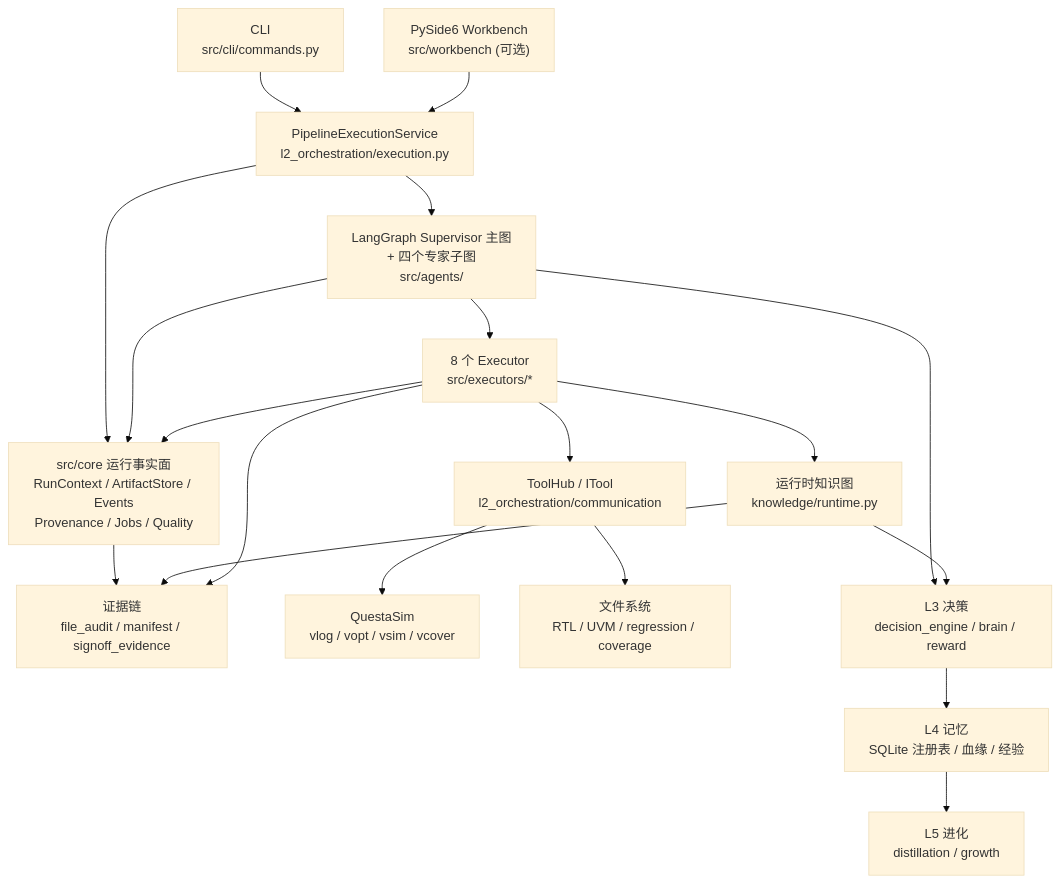
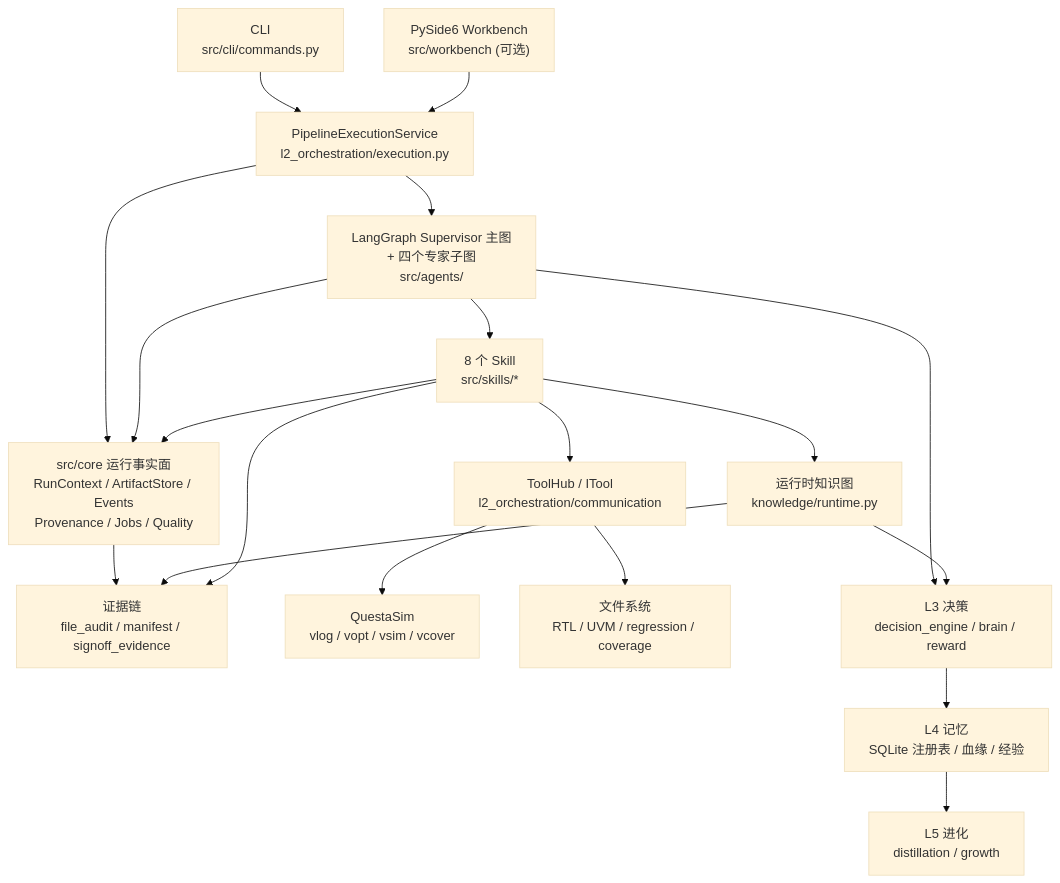
One commit to jiangqingliu88/langchaingraph_cdv changed the diagram in ARCHITECTURE.md. Above: the diagram before and after it, drawn with Mermaid (base theme). The commit also changed other lines of this file and 126 other files, not shown here.

First line of the commit message:
refactor(skills): rename executors to skills

````diff
--- a/ARCHITECTURE.md
+++ b/ARCHITECTURE.md
@@ -259,22 +259,22 @@
 ```mermaid
 flowchart TB
     CLI["CLI<br/>src/cli/commands.py"] --> SVC["PipelineExecutionService<br/>l2_orchestration/execution.py"]
     GUI["PySide6 Workbench<br/>src/workbench (可选)"] --> SVC
 
     SVC --> GRAPH["LangGraph Supervisor 主图<br/>+ 四个专家子图<br/>src/agents/"]
     SVC --> CORE["src/core 运行事实面<br/>RunContext / ArtifactStore / Events<br/>Provenance / Jobs / Quality"]
     GRAPH --> CORE
     EXEC --> CORE
     CORE --> EVID
-    GRAPH --> EXEC["8 个 Executor<br/>src/executors/*"]
+    GRAPH --> EXEC["8 个 Skill<br/>src/skills/*"]
     EXEC --> TOOLS["ToolHub / ITool<br/>l2_orchestration/communication"]
     TOOLS --> EDA["QuestaSim<br/>vlog / vopt / vsim / vcover"]
     TOOLS --> FS["文件系统<br/>RTL / UVM / regression / coverage"]
     GRAPH --> DEC["L3 决策<br/>decision_engine / brain / reward"]
     EXEC --> KG["运行时知识图<br/>knowledge/runtime.py"]
     KG --> DEC
     KG --> EVID
     DEC --> MEM["L4 记忆<br/>SQLite 注册表 / 血缘 / 经验"]
     MEM --> EVO["L5 进化<br/>distillation / growth"]
     EXEC --> EVID["证据链<br/>file_audit / manifest / signoff_evidence"]
 ```
````
